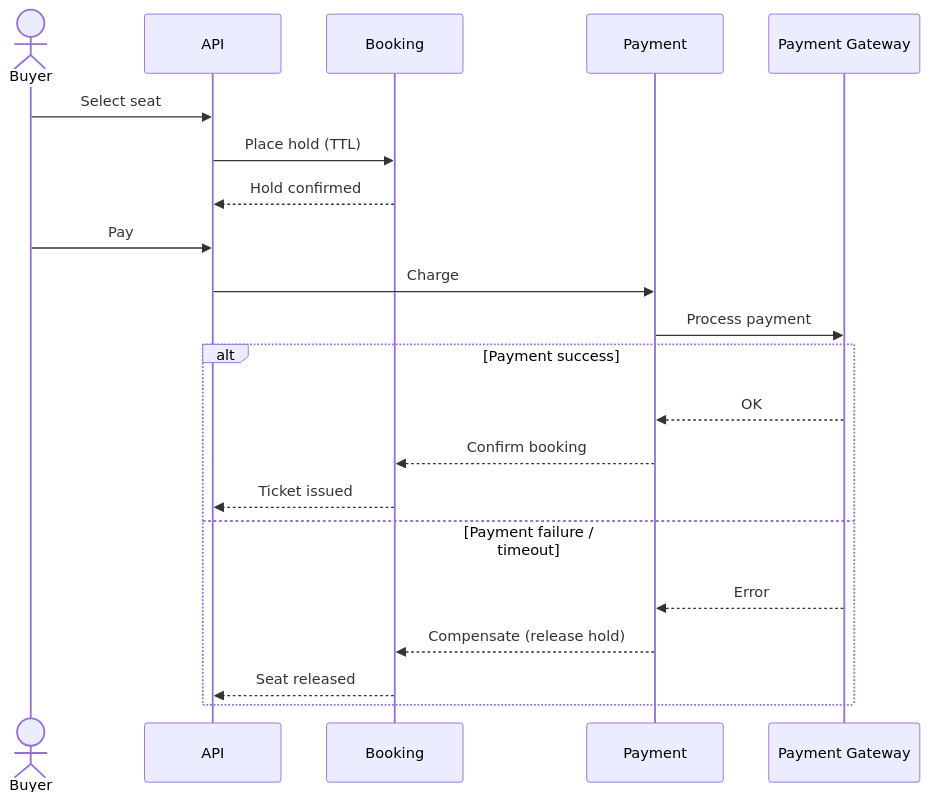
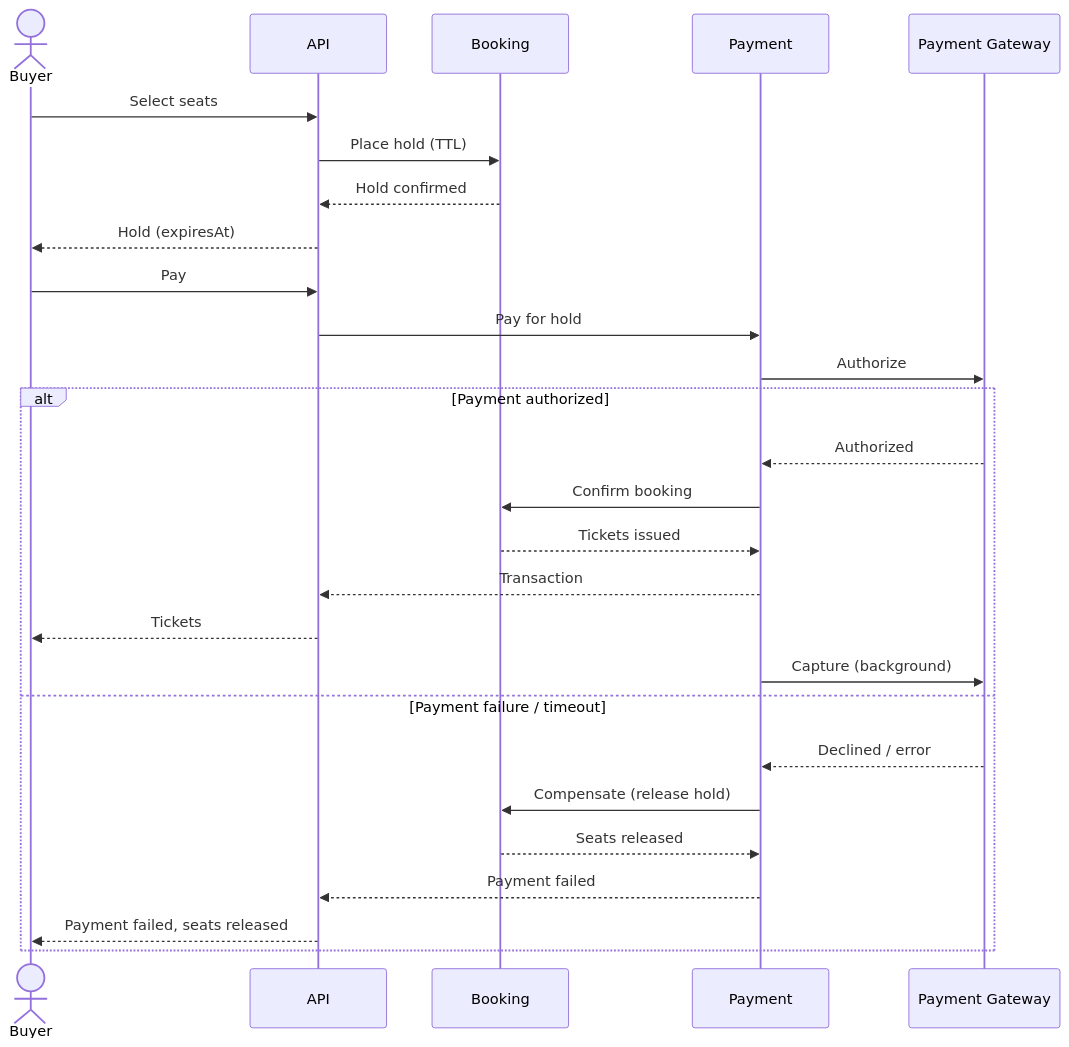
Before and after one commit to hrytsykvl/Ticketium: the second of 2 diagrams in docs/SRS.md, drawn with Mermaid. The commit also changed other lines of this file and 6 other files, not shown here.

````diff
--- a/docs/SRS.md
+++ b/docs/SRS.md
@@ -126,24 +130,30 @@
 ```mermaid
 sequenceDiagram
     actor Buyer
     participant API
     participant Booking
     participant Payment
     participant Gateway as Payment Gateway
 
-    Buyer->>API: Select seat
+    Buyer->>API: Select seats
     API->>Booking: Place hold (TTL)
     Booking-->>API: Hold confirmed
+    API-->>Buyer: Hold (expiresAt)
     Buyer->>API: Pay
-    API->>Payment: Charge
-    Payment->>Gateway: Process payment
-    alt Payment success
-        Gateway-->>Payment: OK
-        Payment-->>Booking: Confirm booking
-        Booking-->>API: Ticket issued
+    API->>Payment: Pay for hold
+    Payment->>Gateway: Authorize
+    alt Payment authorized
+        Gateway-->>Payment: Authorized
+        Payment->>Booking: Confirm booking
+        Booking-->>Payment: Tickets issued
+        Payment-->>API: Transaction
+        API-->>Buyer: Tickets
+        Payment->>Gateway: Capture (background)
     else Payment failure / timeout
-        Gateway-->>Payment: Error
-        Payment-->>Booking: Compensate (release hold)
-        Booking-->>API: Seat released
+        Gateway-->>Payment: Declined / error
+        Payment->>Booking: Compensate (release hold)
+        Booking-->>Payment: Seats released
+        Payment-->>API: Payment failed
+        API-->>Buyer: Payment failed, seats released
     end
 ```
````
